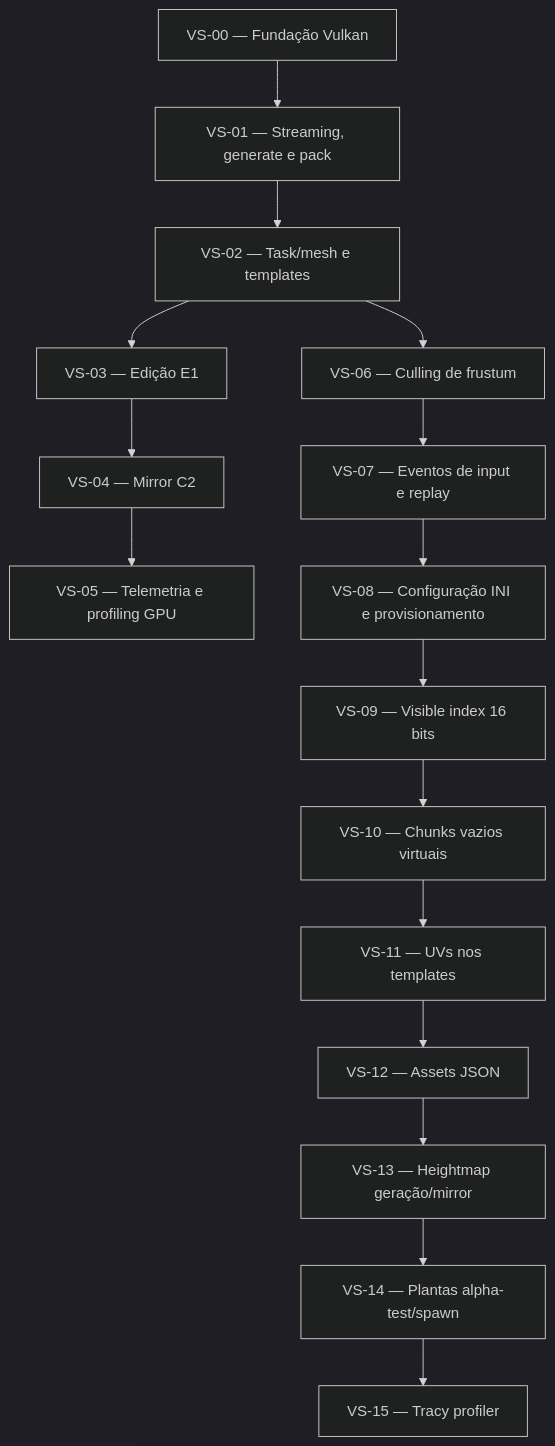
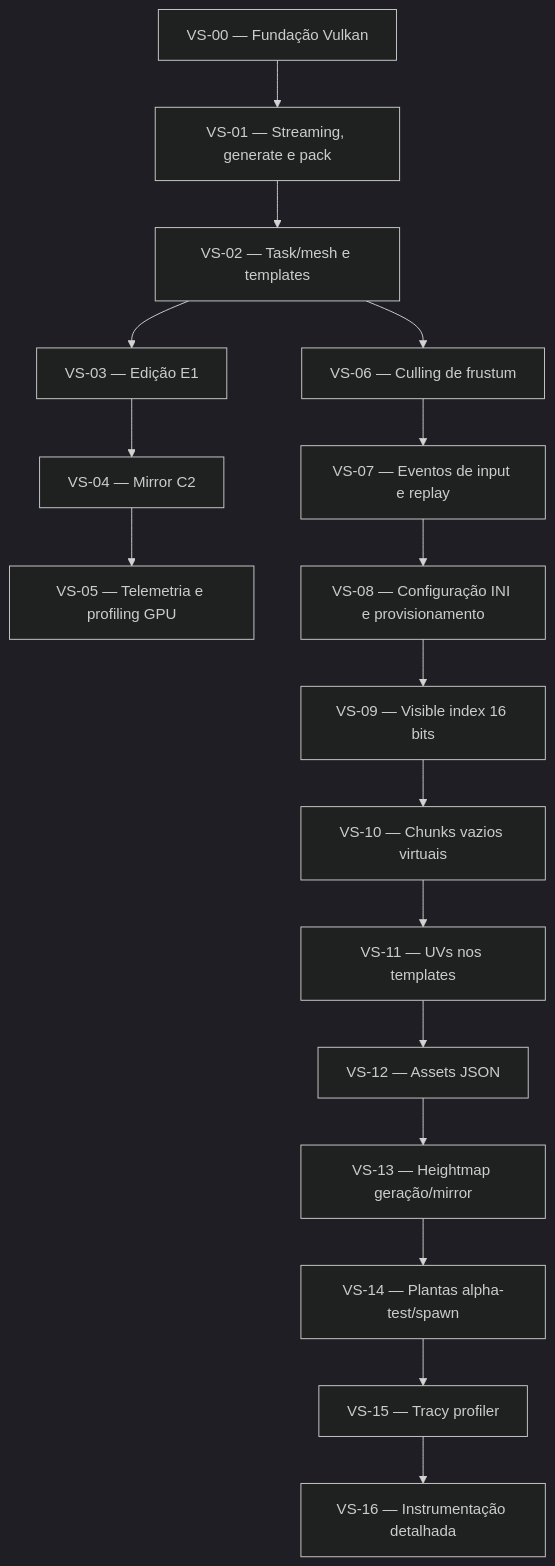
Before and after one commit to Ruannilton/vox: the diagram in docs/obsidian/tracking/dependencias.md, drawn with Mermaid (dark theme). The commit also changed other lines of this file and 17 other files, not shown here.

Commit message:
VS-16: instrumentação detalhada — GPU zones e CPU aprofundada

````diff
--- a/docs/obsidian/tracking/dependencias.md
+++ b/docs/obsidian/tracking/dependencias.md
@@ -7,35 +7,37 @@
 ```mermaid
 graph TD
     VS00[VS-00 — Fundação Vulkan]
     VS01[VS-01 — Streaming, generate e pack]
     VS02[VS-02 — Task/mesh e templates]
     VS03[VS-03 — Edição E1]
     VS04[VS-04 — Mirror C2]
     VS05[VS-05 — Telemetria e profiling GPU]
     VS06[VS-06 — Culling de frustum]
     VS07[VS-07 — Eventos de input e replay]
     VS08[VS-08 — Configuração INI e provisionamento]
     VS09[VS-09 — Visible index 16 bits]
     VS10[VS-10 — Chunks vazios virtuais]
     VS11[VS-11 — UVs nos templates]
     VS12[VS-12 — Assets JSON]
     VS13[VS-13 — Heightmap geração/mirror]
     VS14[VS-14 — Plantas alpha-test/spawn]
     VS15[VS-15 — Tracy profiler]
+    VS16[VS-16 — Instrumentação detalhada]
 
     VS00 --> VS01
     VS01 --> VS02
     VS02 --> VS03
     VS03 --> VS04
     VS04 --> VS05
     VS02 --> VS06
     VS06 --> VS07
     VS07 --> VS08
     VS08 --> VS09
     VS09 --> VS10
     VS10 --> VS11
     VS11 --> VS12
     VS12 --> VS13
     VS13 --> VS14
     VS14 --> VS15
+    VS15 --> VS16
 ```
````
